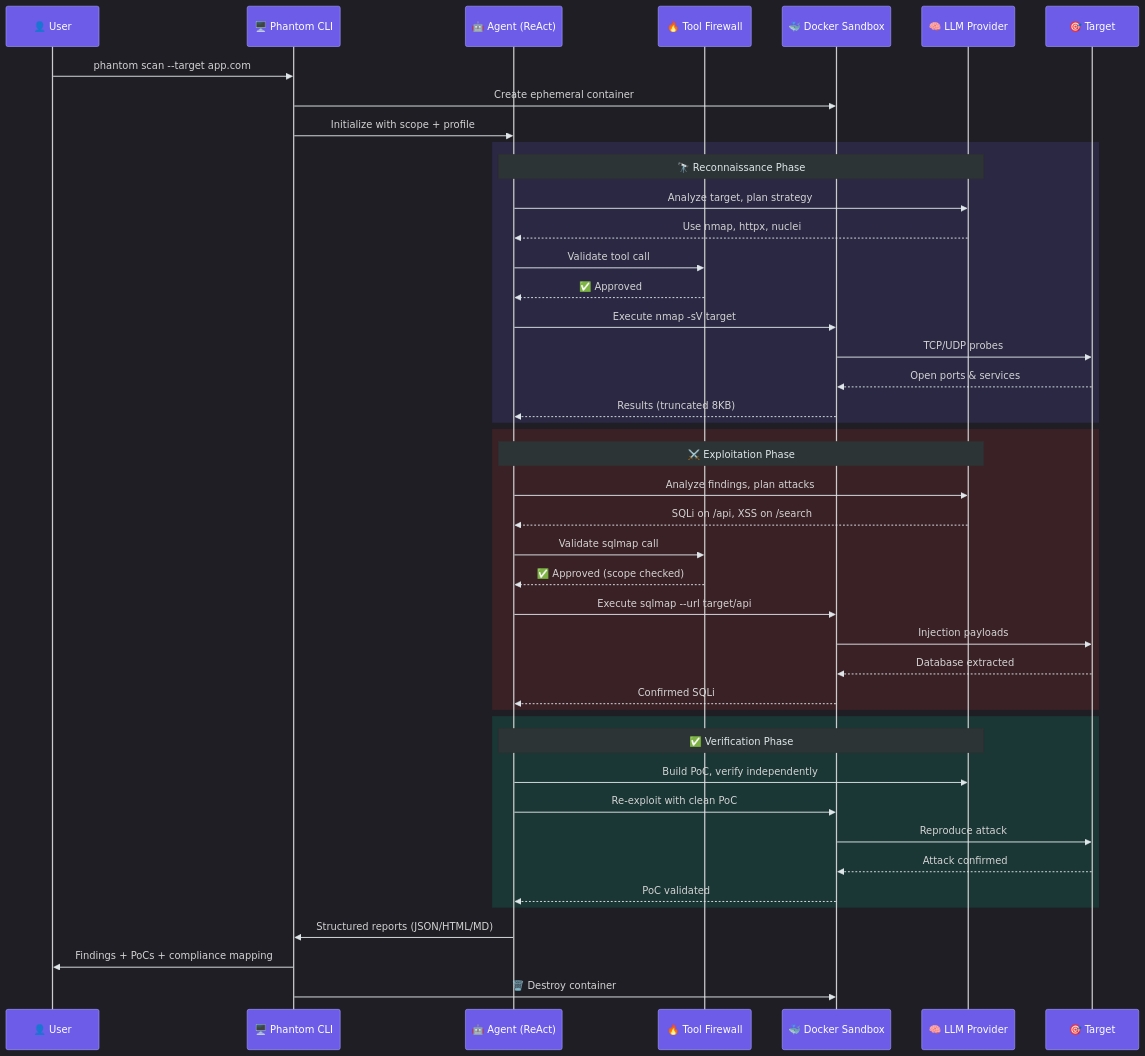
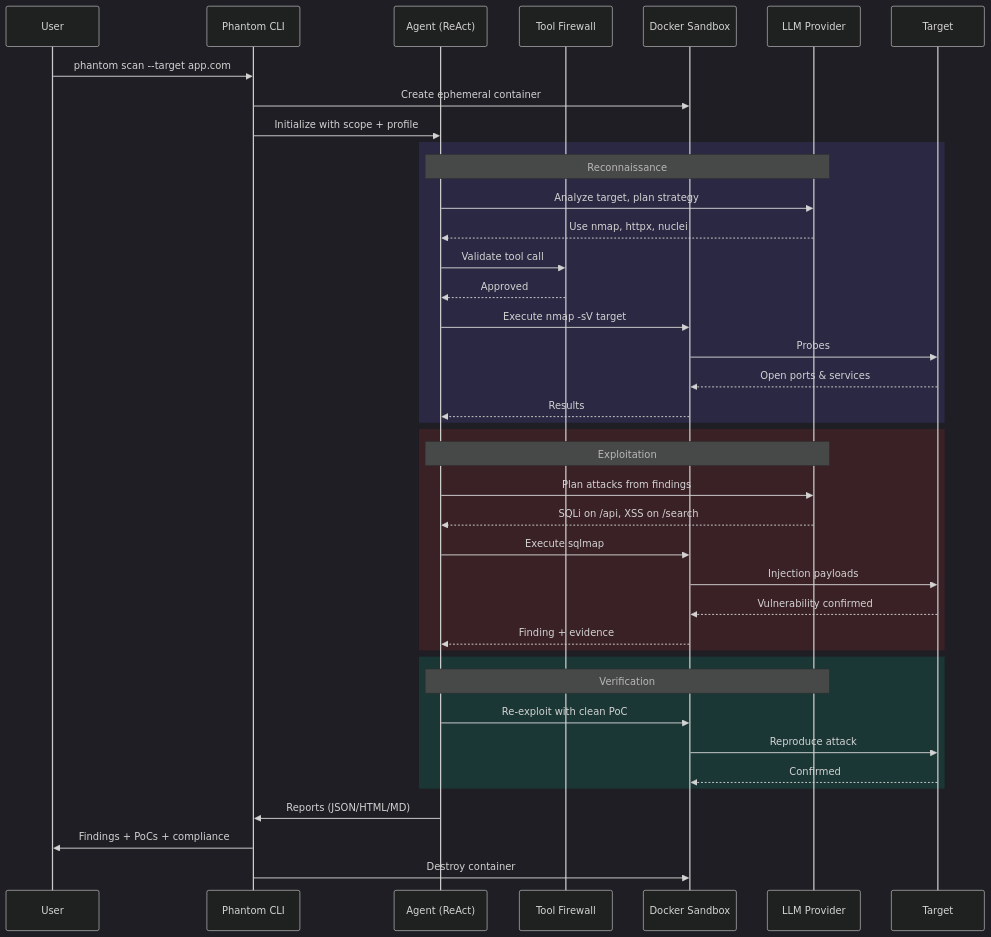
One commit to Usta0x001/Phantom changed the second of 4 diagrams in README.md. Above: the diagram before and after it, drawn with Mermaid. The commit also changed other lines of this file, not shown here.

````diff
--- a/README.md
+++ b/README.md
@@ -193,52 +133,48 @@
 ```mermaid
-%%{init: {'theme': 'dark', 'themeVariables': {'actorBkg': '#6c5ce7', 'actorTextColor': '#fff', 'actorBorder': '#a29bfe', 'activationBorderColor': '#a29bfe', 'signalColor': '#dfe6e9', 'labelBoxBkgColor': '#2d3436', 'labelTextColor': '#dfe6e9', 'noteBkgColor': '#2d3436', 'noteTextColor': '#dfe6e9'}}}%%
+%%{init: {'theme': 'dark'}}%%
 sequenceDiagram
-    participant User as 👤 User
-    participant CLI as 🖥️ Phantom CLI
-    participant Agent as 🤖 Agent (ReAct)
-    participant Firewall as 🔥 Tool Firewall
-    participant Sandbox as 🐳 Docker Sandbox
-    participant LLM as 🧠 LLM Provider
-    participant Target as 🎯 Target
+    participant User
+    participant CLI as Phantom CLI
+    participant Agent as Agent (ReAct)
+    participant Firewall as Tool Firewall
+    participant Sandbox as Docker Sandbox
+    participant LLM as LLM Provider
+    participant Target
 
     User->>CLI: phantom scan --target app.com
     CLI->>Sandbox: Create ephemeral container
     CLI->>Agent: Initialize with scope + profile
 
     rect rgba(108, 92, 231, 0.15)
-        Note over Agent,LLM: 🔭 Reconnaissance Phase
+        Note over Agent,LLM: Reconnaissance
         Agent->>LLM: Analyze target, plan strategy
         LLM-->>Agent: Use nmap, httpx, nuclei
         Agent->>Firewall: Validate tool call
-        Firewall-->>Agent: ✅ Approved
+        Firewall-->>Agent: Approved
         Agent->>Sandbox: Execute nmap -sV target
-        Sandbox->>Target: TCP/UDP probes
+        Sandbox->>Target: Probes
         Target-->>Sandbox: Open ports & services
-        Sandbox-->>Agent: Results (truncated 8KB)
+        Sandbox-->>Agent: Results
     end
 
     rect rgba(214, 48, 49, 0.15)
-        Note over Agent,LLM: ⚔️ Exploitation Phase
-        Agent->>LLM: Analyze findings, plan attacks
+        Note over Agent,LLM: Exploitation
+        Agent->>LLM: Plan attacks from findings
         LLM-->>Agent: SQLi on /api, XSS on /search
-        Agent->>Firewall: Validate sqlmap call
-        Firewall-->>Agent: ✅ Approved (scope checked)
-        Agent->>Sandbox: Execute sqlmap --url target/api
+        Agent->>Sandbox: Execute sqlmap
         Sandbox->>Target: Injection payloads
-        Target-->>Sandbox: Database extracted
-        Sandbox-->>Agent: Confirmed SQLi
+        Target-->>Sandbox: Vulnerability confirmed
+        Sandbox-->>Agent: Finding + evidence
     end
 
     rect rgba(0, 184, 148, 0.15)
-        Note over Agent,LLM: ✅ Verification Phase
-        Agent->>LLM: Build PoC, verify independently
+        Note over Agent,LLM: Verification
         Agent->>Sandbox: Re-exploit with clean PoC
         Sandbox->>Target: Reproduce attack
-        Target-->>Sandbox: Attack confirmed
-        Sandbox-->>Agent: PoC validated
+        Target-->>Sandbox: Confirmed
     end
 
-    Agent->>CLI: Structured reports (JSON/HTML/MD)
-    CLI->>User: Findings + PoCs + compliance mapping
-    CLI->>Sandbox: 🗑️ Destroy container
+    Agent->>CLI: Reports (JSON/HTML/MD)
+    CLI->>User: Findings + PoCs + compliance
+    CLI->>Sandbox: Destroy container
 ```
````
